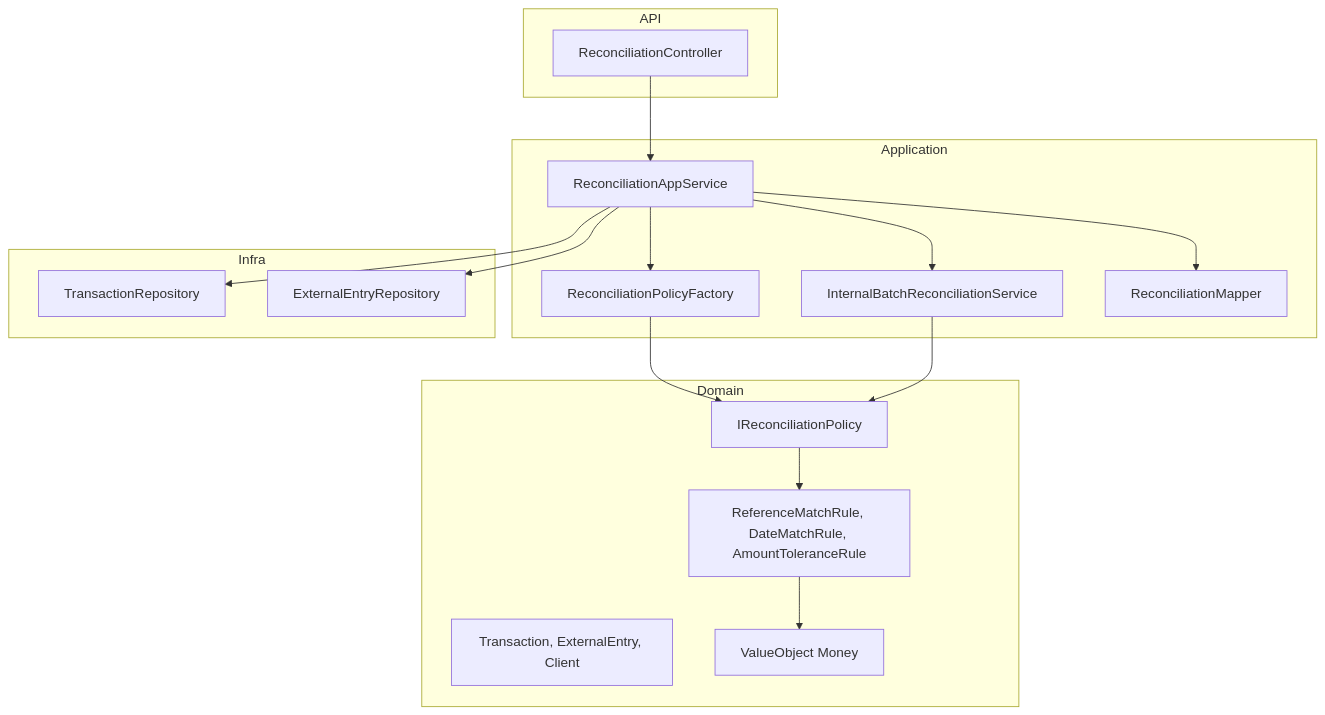
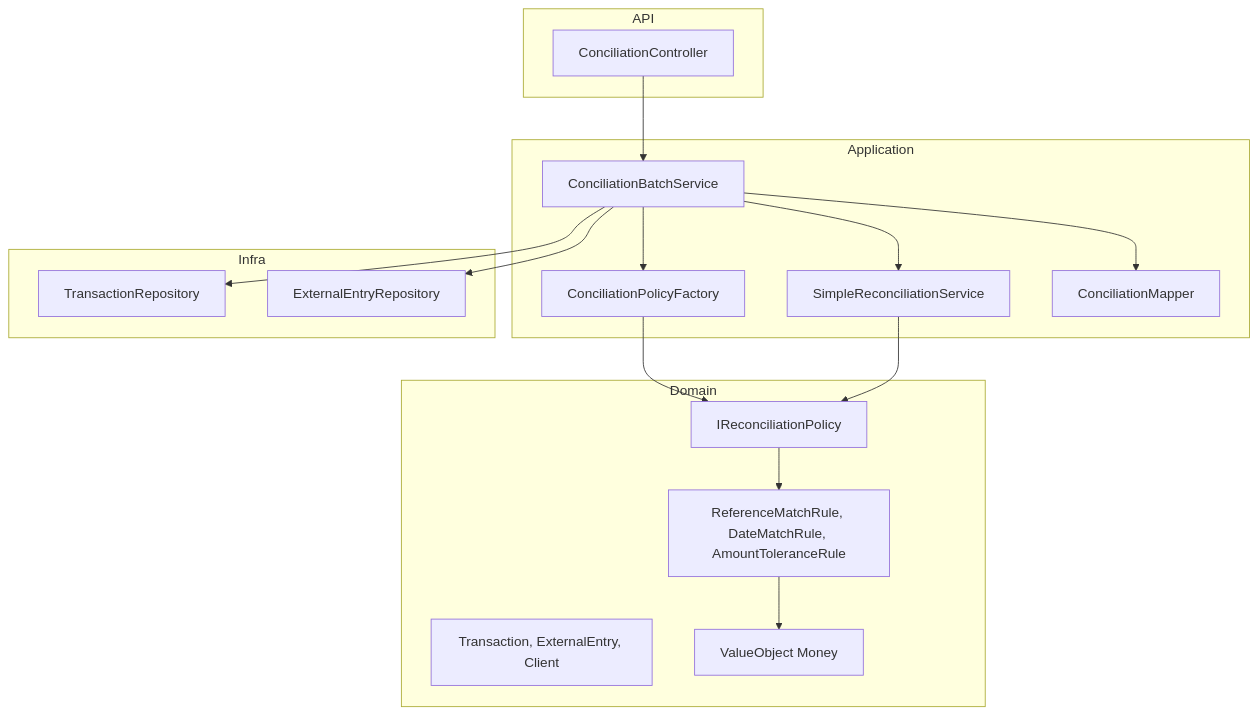
The third of 3 diagrams in docs/ARQUITETURA-E-FLUXO-CONCILIACAO.md (awernek/Conciliacao), drawn with Mermaid before and after one commit. The commit also changed other lines of this file and 40 other files, not shown here.

First line of the commit message:
feat: implement batch reconciliation flow and refactor API structure

````diff
--- a/docs/ARQUITETURA-E-FLUXO-CONCILIACAO.md
+++ b/docs/ARQUITETURA-E-FLUXO-CONCILIACAO.md
@@ -352,36 +350,36 @@
 ```mermaid
 flowchart TB
     subgraph API
-        Controller[ReconciliationController]
+        Controller[ConciliationController]
     end
 
     subgraph Application
-        AppService[ReconciliationAppService]
-        BatchService[InternalBatchReconciliationService]
-        Factory[ReconciliationPolicyFactory]
-        Mapper[ReconciliationMapper]
+        AppService[ConciliationBatchService]
+        BatchService[SimpleReconciliationService]
+        Factory[ConciliationPolicyFactory]
+        Mapper[ConciliationMapper]
     end
 
     subgraph Domain
         Policy[IReconciliationPolicy]
         Entities[Transaction, ExternalEntry, Client]
         Rules[ReferenceMatchRule, DateMatchRule, AmountToleranceRule]
         Money[ValueObject Money]
     end
 
     subgraph Infra
         TxRepo[TransactionRepository]
         ExtRepo[ExternalEntryRepository]
     end
 
     Controller --> AppService
     AppService --> BatchService
     AppService --> Factory
     AppService --> Mapper
     AppService --> TxRepo
     AppService --> ExtRepo
     Factory --> Policy
     BatchService --> Policy
     Policy --> Rules
     Rules --> Money
 ```
````
